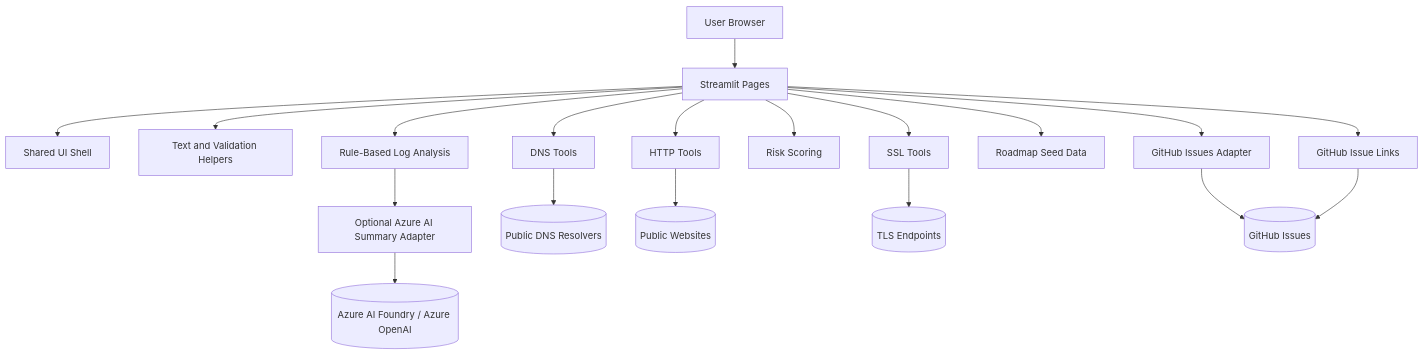
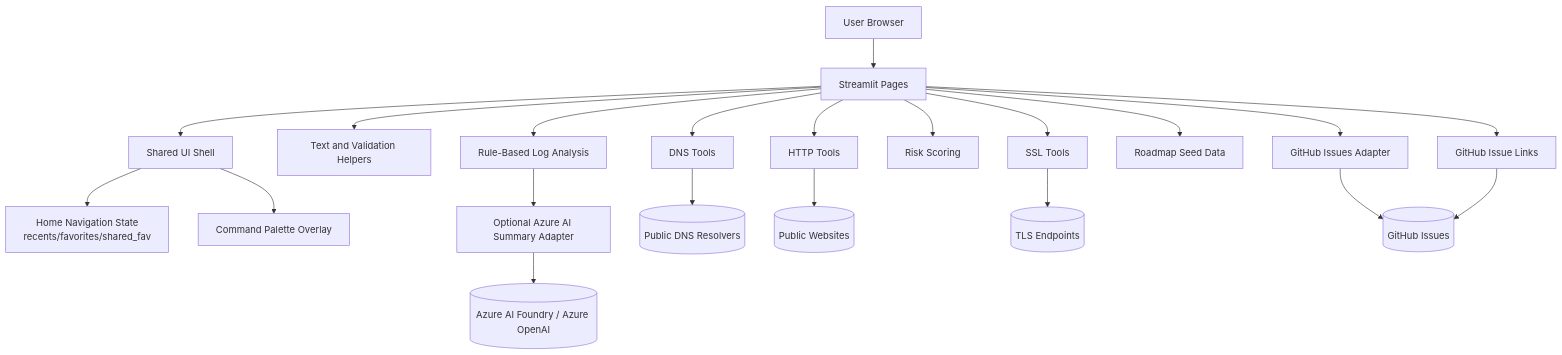
One commit to NPFernando/ITOps-Toolkit changed the diagram in docs/architecture.md. Above: the diagram before and after it, drawn with Mermaid. The commit also changed other lines of this file and 41 other files, not shown here.

First line of the commit message:
Improve UI/UX flows and add generated asset pack

````diff
--- a/docs/architecture.md
+++ b/docs/architecture.md
@@ -5,21 +5,23 @@
 ```mermaid
 flowchart TD
     U[User Browser] --> S[Streamlit Pages]
     S --> UI[Shared UI Shell]
+    UI --> NAV[Home Navigation State<br/>recents/favorites/shared_fav]
+    UI --> CP[Command Palette Overlay]
     S --> T[Text and Validation Helpers]
     S --> D[DNS Tools]
     S --> H[HTTP Tools]
     S --> C[SSL Tools]
     S --> R[Risk Scoring]
     S --> L[Rule-Based Log Analysis]
     S --> M[Roadmap Seed Data]
     S --> GI[GitHub Issues Adapter]
     L --> A[Optional Azure AI Summary Adapter]
     S --> G[GitHub Issue Links]
     D --> DNS[(Public DNS Resolvers)]
     H --> WEB[(Public Websites)]
     C --> TLS[(TLS Endpoints)]
     A --> AZ[(Azure AI Foundry / Azure OpenAI)]
     GI --> GH[(GitHub Issues)]
     G --> GH
 ```
````
